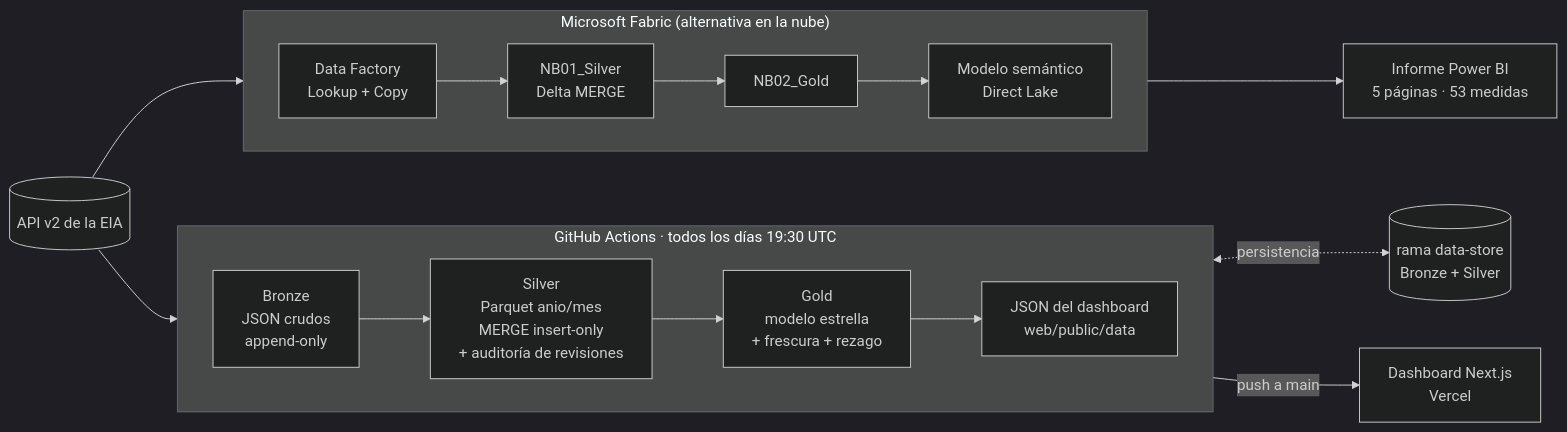
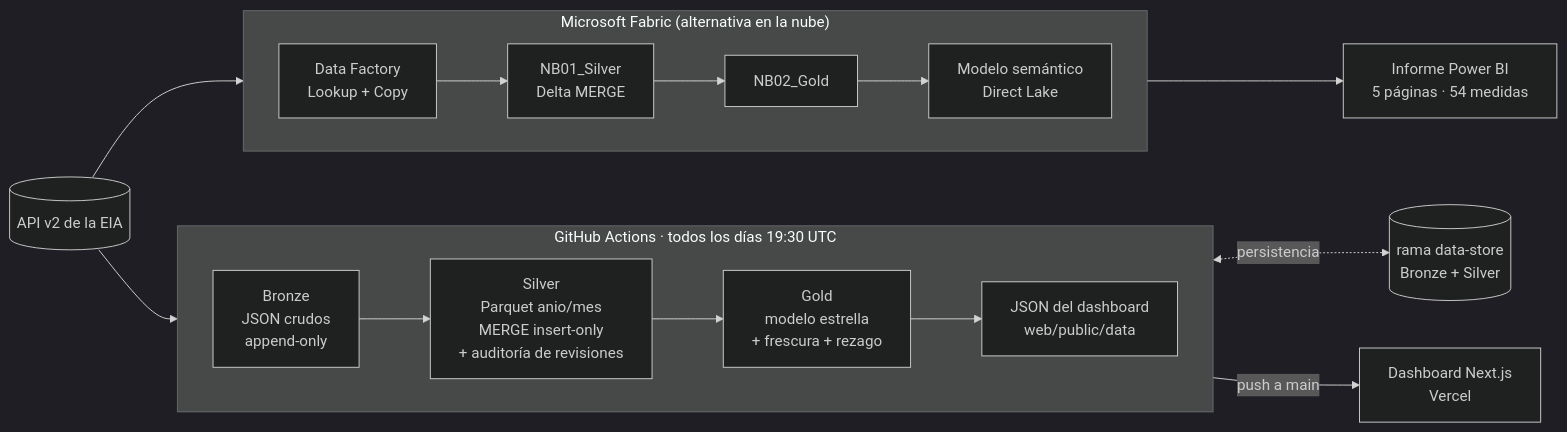
One commit to licgermancardenas-crypto/ENERGIA-EEUU changed the diagram in README.md. Above: the diagram before and after it, drawn with Mermaid (dark theme). The commit also changed other lines of this file and 6 other files, not shown here.

````diff
--- a/README.md
+++ b/README.md
@@ -44,30 +44,30 @@
 ```mermaid
 flowchart LR
     EIA[("API v2 de la EIA")]
 
     subgraph GH["GitHub Actions · todos los días 19:30 UTC"]
         direction LR
         B["Bronze<br/>JSON crudos<br/>append-only"]
         S["Silver<br/>Parquet anio/mes<br/>MERGE insert-only<br/>+ auditoría de revisiones"]
         G["Gold<br/>modelo estrella<br/>+ frescura + rezago"]
         J["JSON del dashboard<br/>web/public/data"]
         B --> S --> G --> J
     end
 
     DS[("rama data-store<br/>Bronze + Silver")]
     V["Dashboard Next.js<br/>Vercel"]
 
     subgraph FAB["Microsoft Fabric (alternativa en la nube)"]
         direction LR
         CP["Data Factory<br/>Lookup + Copy"] --> NB1["NB01_Silver<br/>Delta MERGE"] --> NB2["NB02_Gold"]
         NB2 --> SM["Modelo semántico<br/>Direct Lake"]
     end
 
-    PBI["Informe Power BI<br/>5 páginas · 53 medidas"]
+    PBI["Informe Power BI<br/>5 páginas · 54 medidas"]
 
     EIA --> B
     S <-.persistencia.-> DS
     J -->|push a main| V
     EIA --> CP
     SM --> PBI
 ```
````
